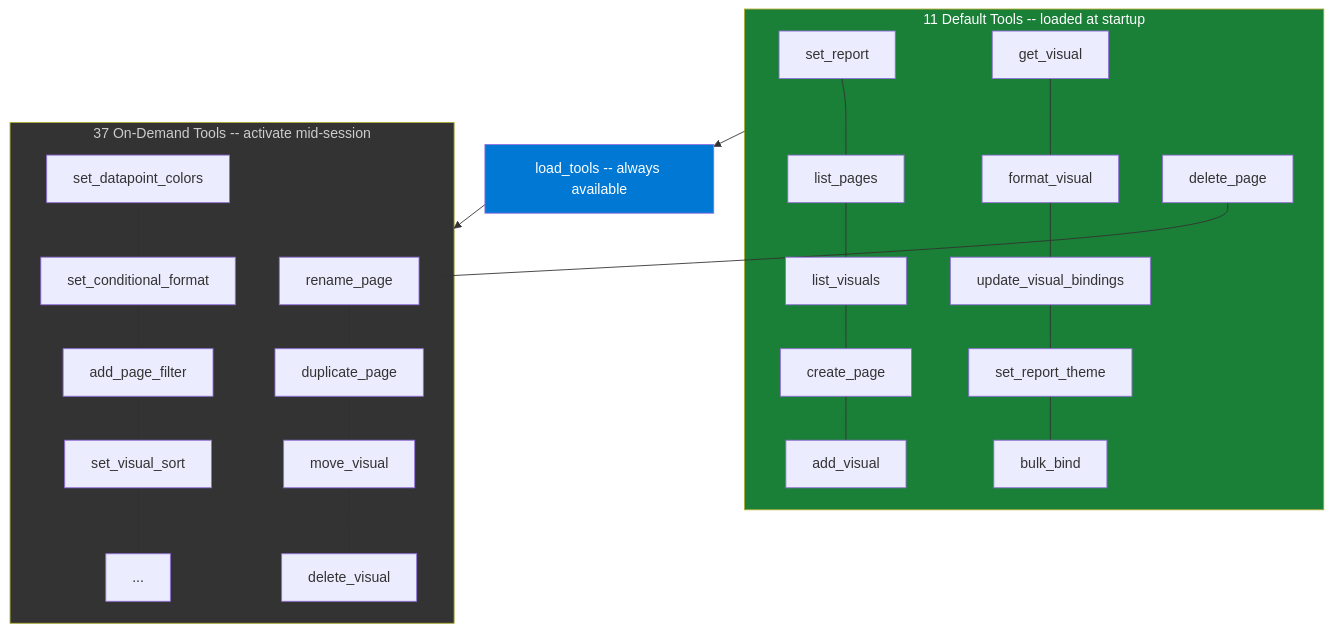
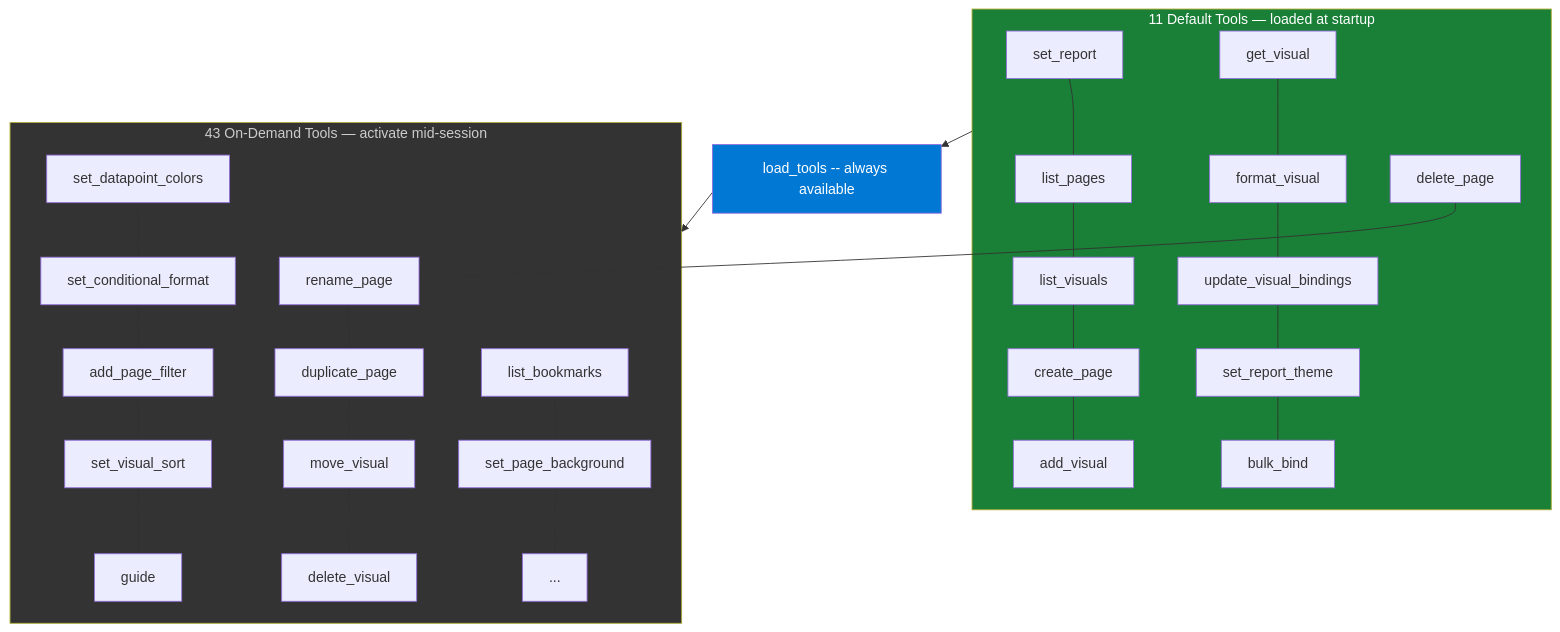
Before and after one commit to Edgargm87/powerbi-report-mcp: the second of 3 diagrams in README.md, drawn with Mermaid. The commit also changed other lines of this file and 21 other files, not shown here.

First line of the commit message:
v0.5.2: Bookmarks, page background, guide knowledge layer

````diff
--- a/README.md
+++ b/README.md
@@ -203,21 +203,22 @@
 ```mermaid
 graph TD
-    subgraph DEFAULT["11 Default Tools -- loaded at startup"]
+    subgraph DEFAULT["11 Default Tools — loaded at startup"]
         A1[set_report] --- A2[list_pages] --- A3[list_visuals] --- A4[create_page] --- A5[add_visual]
         B1[get_visual] --- B2[format_visual] --- B3[update_visual_bindings] --- B4[set_report_theme] --- B5[bulk_bind]
         C1[model_usage]
     end
 
     LT[load_tools -- always available]
 
-    subgraph ONDEMAND["37 On-Demand Tools -- activate mid-session"]
+    subgraph ONDEMAND["43 On-Demand Tools — activate mid-session"]
         C1[delete_page] --- C2[rename_page] --- C3[duplicate_page] --- C4[move_visual] --- C5[delete_visual]
-        D1[set_datapoint_colors] --- D2[set_conditional_format] --- D3[add_page_filter] --- D4[set_visual_sort] --- D5[...]
+        D1[set_datapoint_colors] --- D2[set_conditional_format] --- D3[add_page_filter] --- D4[set_visual_sort] --- D5[guide]
+        E1[list_bookmarks] --- E2[set_page_background] --- E3[...]
     end
 
     DEFAULT --> LT --> ONDEMAND
 
     style DEFAULT fill:#1a7f37,color:#fff
     style ONDEMAND fill:#333,color:#ccc
     style LT fill:#0078D4,color:#fff
 ```
````
